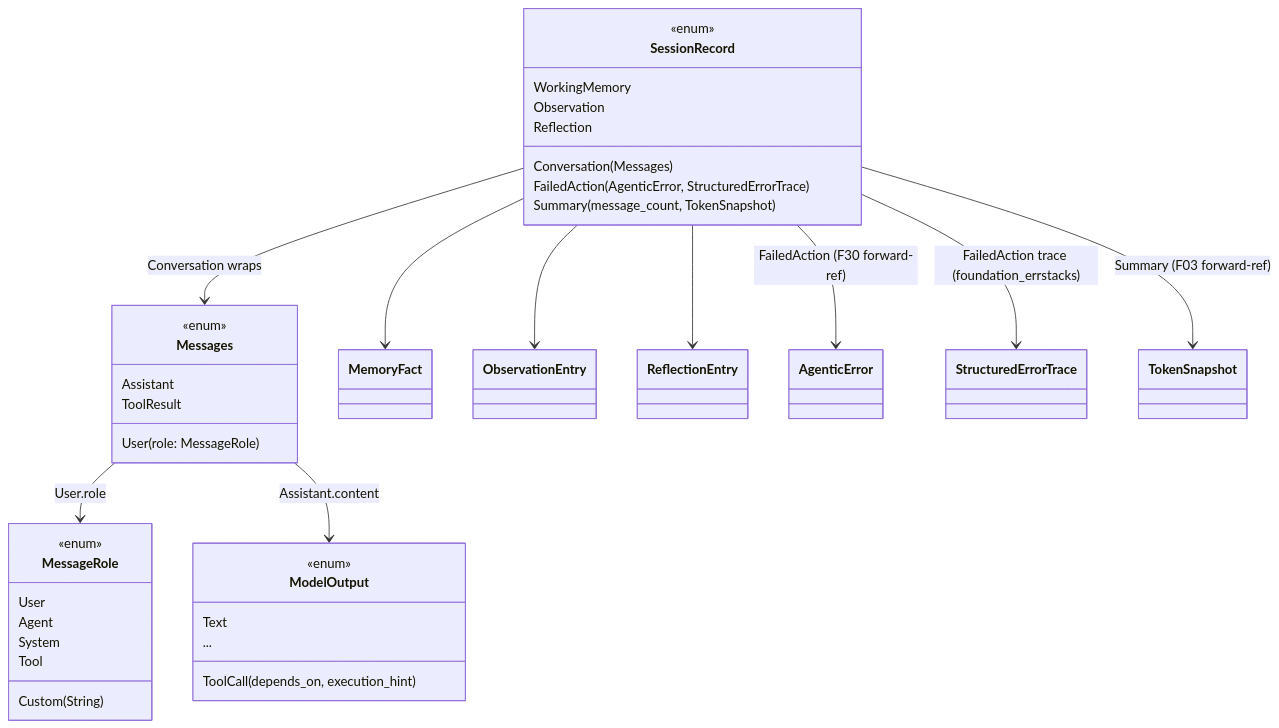
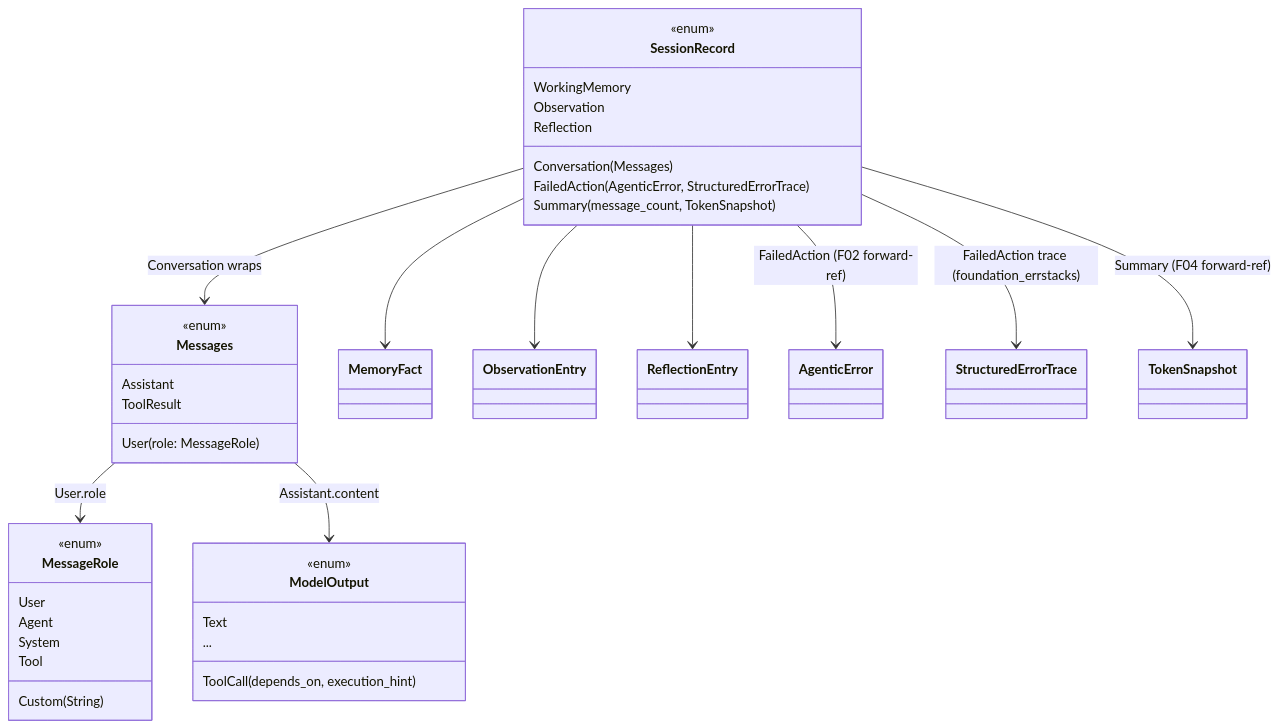
One commit to ewe-studios/ewe_platform changed the diagram in specifications/36-agentic-api/features/01-message-model/feature.md. Above: the diagram before and after it, drawn with Mermaid. The commit also changed other lines of this file and 146 other files, not shown here.

````diff
--- a/specifications/36-agentic-api/features/01-message-model/feature.md
+++ b/specifications/36-agentic-api/features/01-message-model/feature.md
@@ -380,41 +380,41 @@
 ```mermaid
 classDiagram
     class SessionRecord {
         <<enum>>
         Conversation(Messages)
         WorkingMemory
         Observation
         Reflection
         FailedAction(AgenticError, StructuredErrorTrace)
         Summary(message_count, TokenSnapshot)
     }
     class Messages {
         <<enum>>
         User(role: MessageRole)
         Assistant
         ToolResult
     }
     class MessageRole {
         <<enum>>
         User
         Agent
         System
         Tool
         Custom(String)
     }
     class ModelOutput {
         <<enum>>
         Text
         ToolCall(depends_on, execution_hint)
         ...
     }
     SessionRecord --> Messages : Conversation wraps
     Messages --> MessageRole : User.role
     Messages --> ModelOutput : Assistant.content
     SessionRecord --> MemoryFact
     SessionRecord --> ObservationEntry
     SessionRecord --> ReflectionEntry
-    SessionRecord --> AgenticError : FailedAction (F30 forward-ref)
+    SessionRecord --> AgenticError : FailedAction (F02 forward-ref)
     SessionRecord --> StructuredErrorTrace : FailedAction trace (foundation_errstacks)
-    SessionRecord --> TokenSnapshot : Summary (F03 forward-ref)
+    SessionRecord --> TokenSnapshot : Summary (F04 forward-ref)
 ```
````
